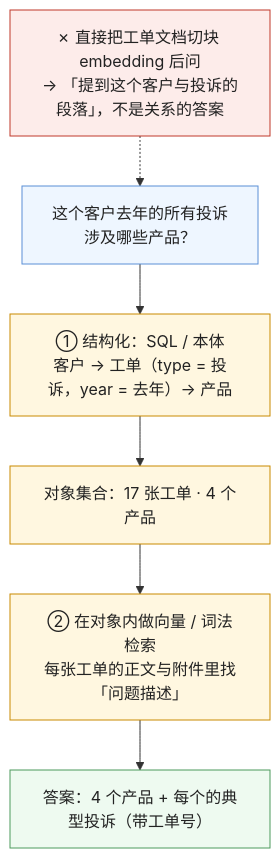
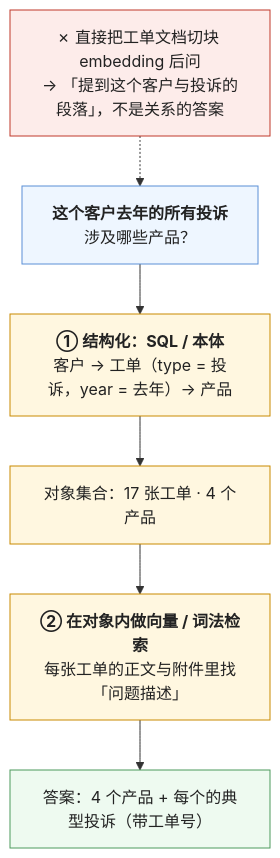
One commit to arganzheng/arganzheng.github.com changed the fifth of 5 diagrams in _posts/2026-10-14-three-kinds-of-retrieval-lexical-vector-structured.md. Above: the diagram before and after it, drawn with Mermaid. The commit also changed other lines of this file and 7 other files, not shown here.

First line of the commit message:
检索与知识接入：私域知识怎么进入模型：Mermaid 多行方框的首行标为标题（8 篇）

````diff
--- a/_posts/2026-10-14-three-kinds-of-retrieval-lexical-vector-structured.md
+++ b/_posts/2026-10-14-three-kinds-of-retrieval-lexical-vector-structured.md
@@ -210,17 +210,17 @@
 ```mermaid
 %% 图：混合语料上的两段式检索——「这个客户去年的所有投诉涉及哪些产品」先用结构化查询顺着客户 → 工单 → 产品拿到对象集合，再对每个对象的非结构化内容（工单正文、附件）做向量 / 词法检索；直接对工单文档切块 embedding 只会得到「提到这个客户与投诉的段落」
 flowchart TB
-    Q["这个客户去年的所有投诉<br/>涉及哪些产品？"] --> S["① 结构化：SQL / 本体<br/>客户 → 工单（type = 投诉，year = 去年）→ 产品"]
+    Q["<b>这个客户去年的所有投诉</b><br/>涉及哪些产品？"] --> S["<b>① 结构化：SQL / 本体</b><br/>客户 → 工单（type = 投诉，year = 去年）→ 产品"]
     S --> O["对象集合：17 张工单 · 4 个产品"]
-    O --> R["② 在对象内做向量 / 词法检索<br/>每张工单的正文与附件里找「问题描述」"]
+    O --> R["<b>② 在对象内做向量 / 词法检索</b><br/>每张工单的正文与附件里找「问题描述」"]
     R --> A["答案：4 个产品 + 每个的典型投诉（带工单号）"]
     X["✗ 直接把工单文档切块 embedding 后问<br/>→ 「提到这个客户与投诉的段落」，不是关系的答案"] -.-> Q
     classDef q fill:#eef6ff,stroke:#5b8fd6,color:#222
     classDef st fill:#fff7e0,stroke:#c98a00,color:#222
     classDef ok fill:#eefaf0,stroke:#4d9a5c,color:#222
     classDef bad fill:#fdecea,stroke:#c0392b,color:#222
     class Q q
     class S,O,R st
     class A ok
     class X bad
 ```
````
